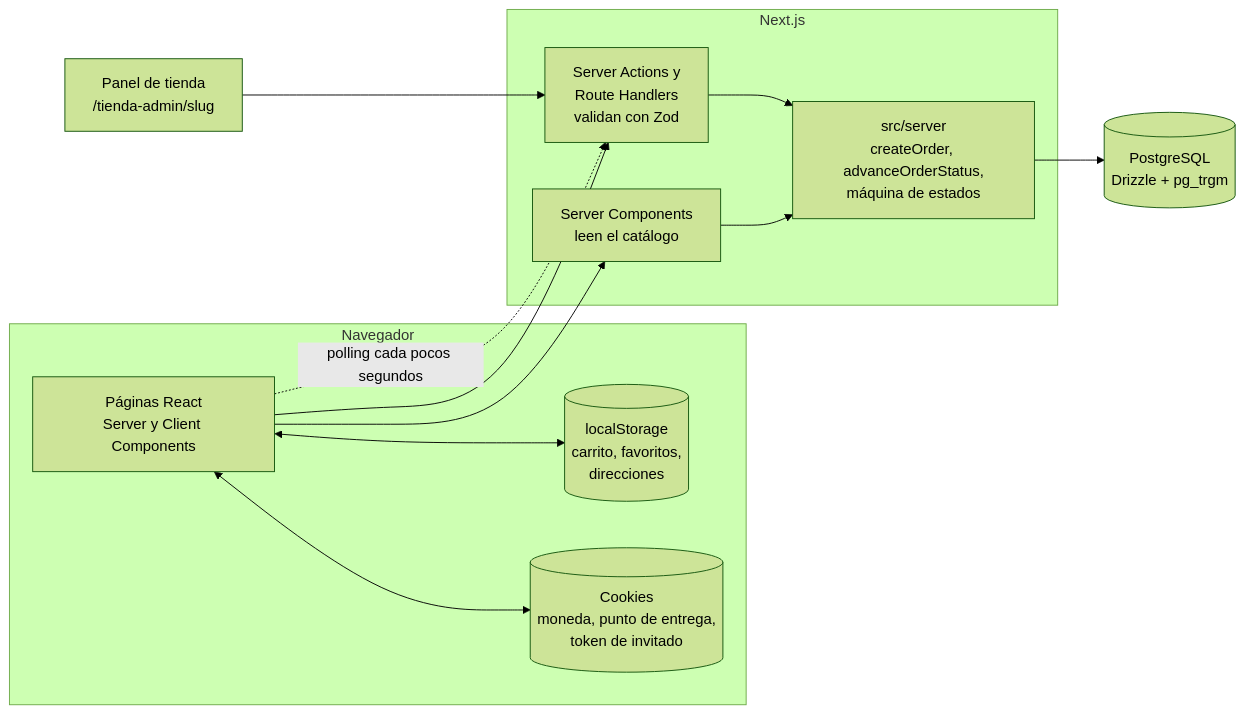
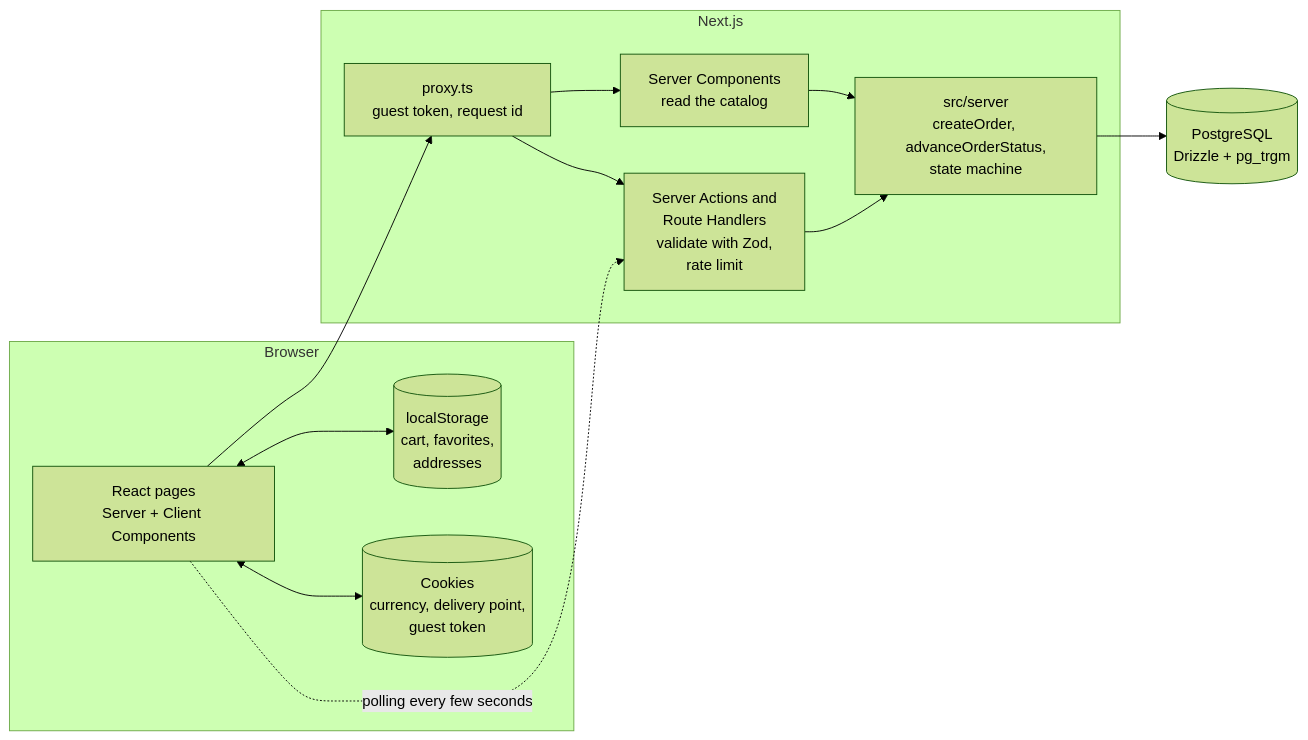
One commit to csswoman/nami changed the diagram in README.md. Above: the diagram before and after it, drawn with Mermaid (forest theme). The commit also changed other lines of this file and 18 other files, not shown here.

````diff
--- a/README.md
+++ b/README.md
@@ -17,23 +42,23 @@
 ```mermaid
 flowchart LR
-  subgraph Navegador
-    UI[Páginas React<br/>Server y Client Components]
-    LS[(localStorage<br/>carrito, favoritos,<br/>direcciones)]
-    CK[(Cookies<br/>moneda, punto de entrega,<br/>token de invitado)]
+  subgraph Browser
+    UI[React pages<br/>Server + Client Components]
+    LS[(localStorage<br/>cart, favorites,<br/>addresses)]
+    CK[(Cookies<br/>currency, delivery point,<br/>guest token)]
   end
   subgraph Next.js
-    SC[Server Components<br/>leen el catálogo]
-    SA[Server Actions y<br/>Route Handlers<br/>validan con Zod]
-    SV[src/server<br/>createOrder, advanceOrderStatus,<br/>máquina de estados]
+    PX[proxy.ts<br/>guest token, request id]
+    SC[Server Components<br/>read the catalog]
+    SA[Server Actions and<br/>Route Handlers<br/>validate with Zod,<br/>rate limit]
+    SV[src/server<br/>createOrder, advanceOrderStatus,<br/>state machine]
   end
   DB[(PostgreSQL<br/>Drizzle + pg_trgm)]
-  UI --> SC
-  UI --> SA
+  UI --> PX --> SC
+  PX --> SA
   UI <--> LS
   UI <--> CK
   SC --> SV
   SA --> SV
   SV --> DB
-  UI -. "polling cada pocos segundos" .-> SA
-  Panel[Panel de tienda<br/>/tienda-admin/slug] --> SA
+  UI -. "polling every few seconds" .-> SA
 ```
````
